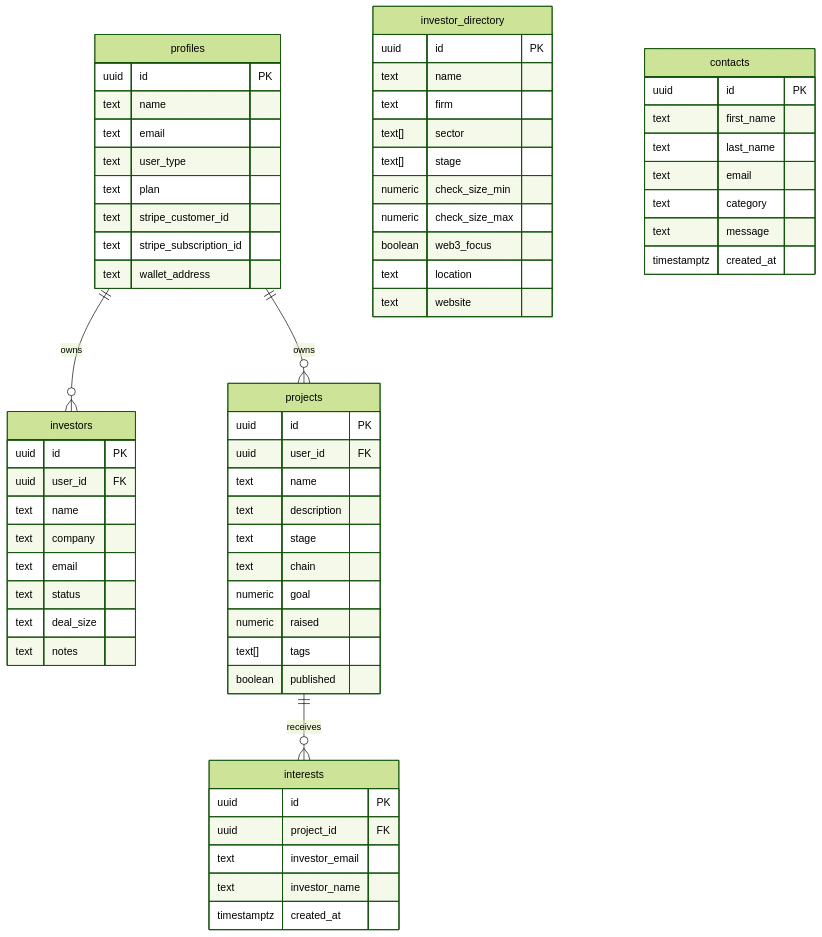
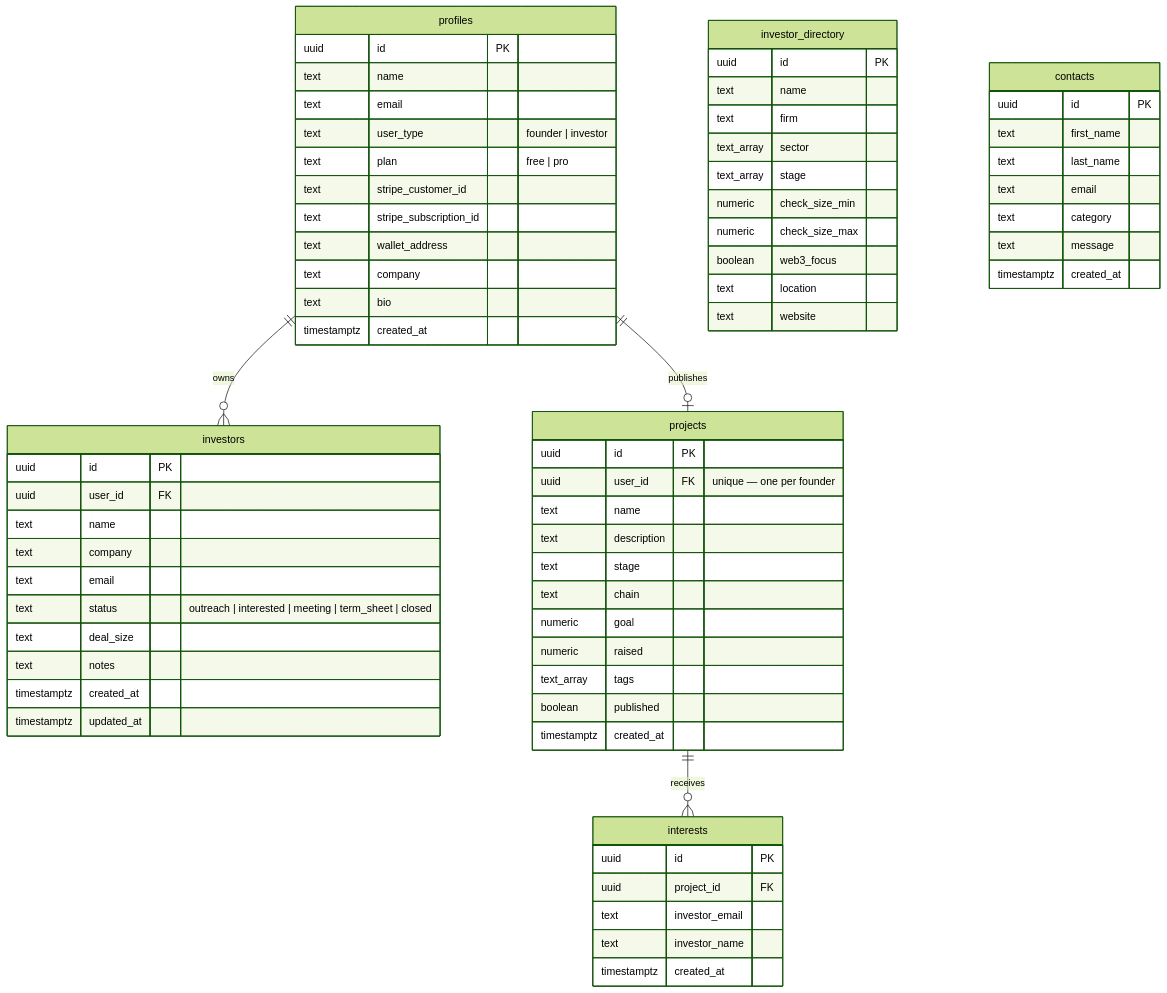
Before and after one commit to kurzmichael02-hue/fundflow: the second of 5 diagrams in README.md, drawn with Mermaid (forest theme). The commit also changed other lines of this file and 15 other files, not shown here.

First line of the commit message:
feat: forgot/reset password flow

````diff
--- a/README.md
+++ b/README.md
@@ -73,72 +94,78 @@
 ```mermaid
 erDiagram
     profiles {
         uuid id PK
         text name
         text email
-        text user_type
-        text plan
+        text user_type "founder | investor"
+        text plan "free | pro"
         text stripe_customer_id
         text stripe_subscription_id
         text wallet_address
+        text company
+        text bio
+        timestamptz created_at
     }
 
     investors {
         uuid id PK
         uuid user_id FK
         text name
         text company
         text email
-        text status
+        text status "outreach | interested | meeting | term_sheet | closed"
         text deal_size
         text notes
+        timestamptz created_at
+        timestamptz updated_at
     }
 
     projects {
         uuid id PK
-        uuid user_id FK
+        uuid user_id FK "unique — one per founder"
         text name
         text description
         text stage
         text chain
         numeric goal
         numeric raised
-        text[] tags
+        text_array tags
         boolean published
+        timestamptz created_at
     }
 
     interests {
         uuid id PK
         uuid project_id FK
         text investor_email
         text investor_name
         timestamptz created_at
     }
 
     investor_directory {
         uuid id PK
         text name
         text firm
-        text[] sector
-        text[] stage
+        text_array sector
+        text_array stage
         numeric check_size_min
         numeric check_size_max
         boolean web3_focus
         text location
         text website
     }
 
     contacts {
         uuid id PK
         text first_name
         text last_name
         text email
         text category
         text message
         timestamptz created_at
     }
 
     profiles ||--o{ investors : "owns"
-    profiles ||--o{ projects : "owns"
+    profiles ||--o| projects : "publishes"
     projects ||--o{ interests : "receives"
 ```
````
